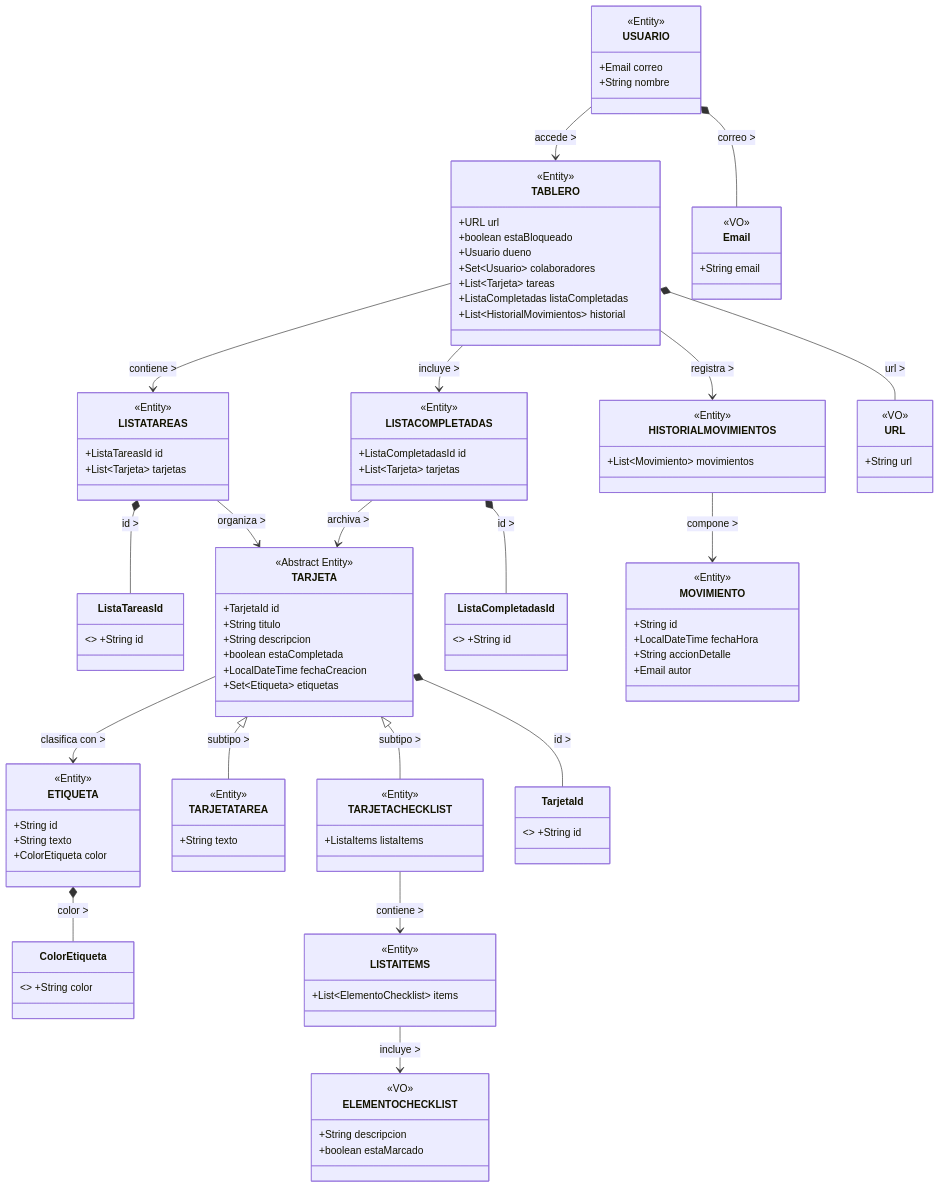
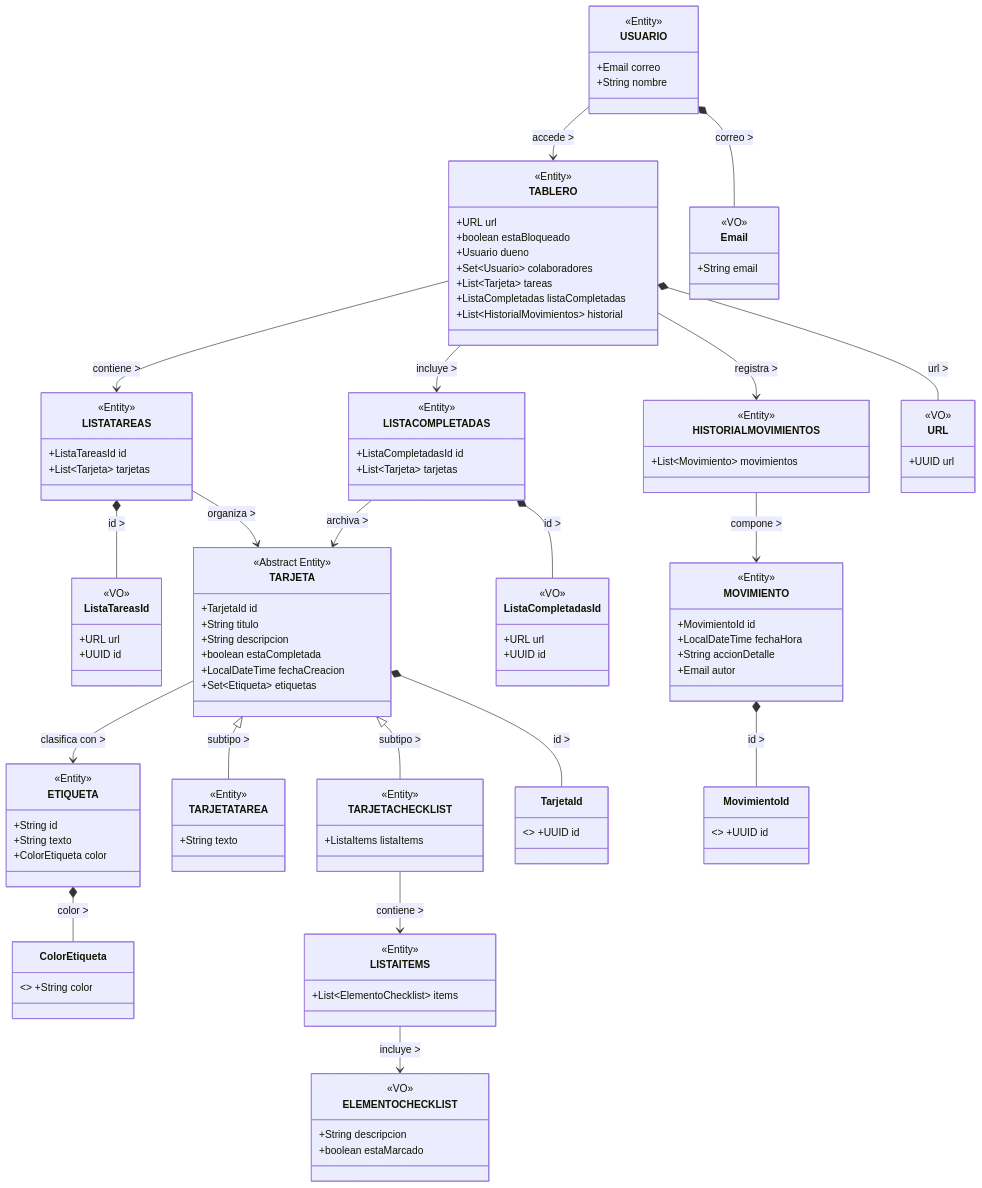
The diagram in docs/DDDLO.md (HCalipo/PDS), drawn with Mermaid before and after one commit.

Commit message:
DOC - Modificafción de tipos de datos en el diagrama

````diff
--- a/docs/DDDLO.md
+++ b/docs/DDDLO.md
@@ -55,7 +55,11 @@
       +List~Tarjeta~ tarjetas
     }
 
-    class ListaTareasId { <<VO>> +String id }
+    class ListaTareasId {
+      <<VO>>
+      +URL url
+      +UUID id
+    }
 
     class LISTACOMPLETADAS {
       <<Entity>>
@@ -87,7 +91,7 @@
 
     class MOVIMIENTO {
       <<Entity>>
-      +String id
+      +MovimientoId id
       +LocalDateTime fechaHora
       +String accionDetalle
       +Email autor
@@ -121,11 +125,16 @@
 
     class URL {
       <<VO>>
-      +String url
+      +UUID url
     }
 
-    class ListaCompletadasId { <<VO>> +String id }
-    class TarjetaId { <<VO>> +String id }
+    class ListaCompletadasId {
+      <<VO>>
+      +URL url
+      +UUID id
+    }
+    class TarjetaId { <<VO>> +UUID id }
+    class MovimientoId { <<VO>> +UUID id }
     class ColorEtiqueta { <<VO>> +String color }
 
     USUARIO --> TABLERO : accede >
@@ -151,5 +160,6 @@
     TABLERO *-- URL : url >
     LISTACOMPLETADAS *-- ListaCompletadasId : id >
     TARJETA *-- TarjetaId : id >
+    MOVIMIENTO *-- MovimientoId : id >
     ETIQUETA *-- ColorEtiqueta : color >
 ```
````
